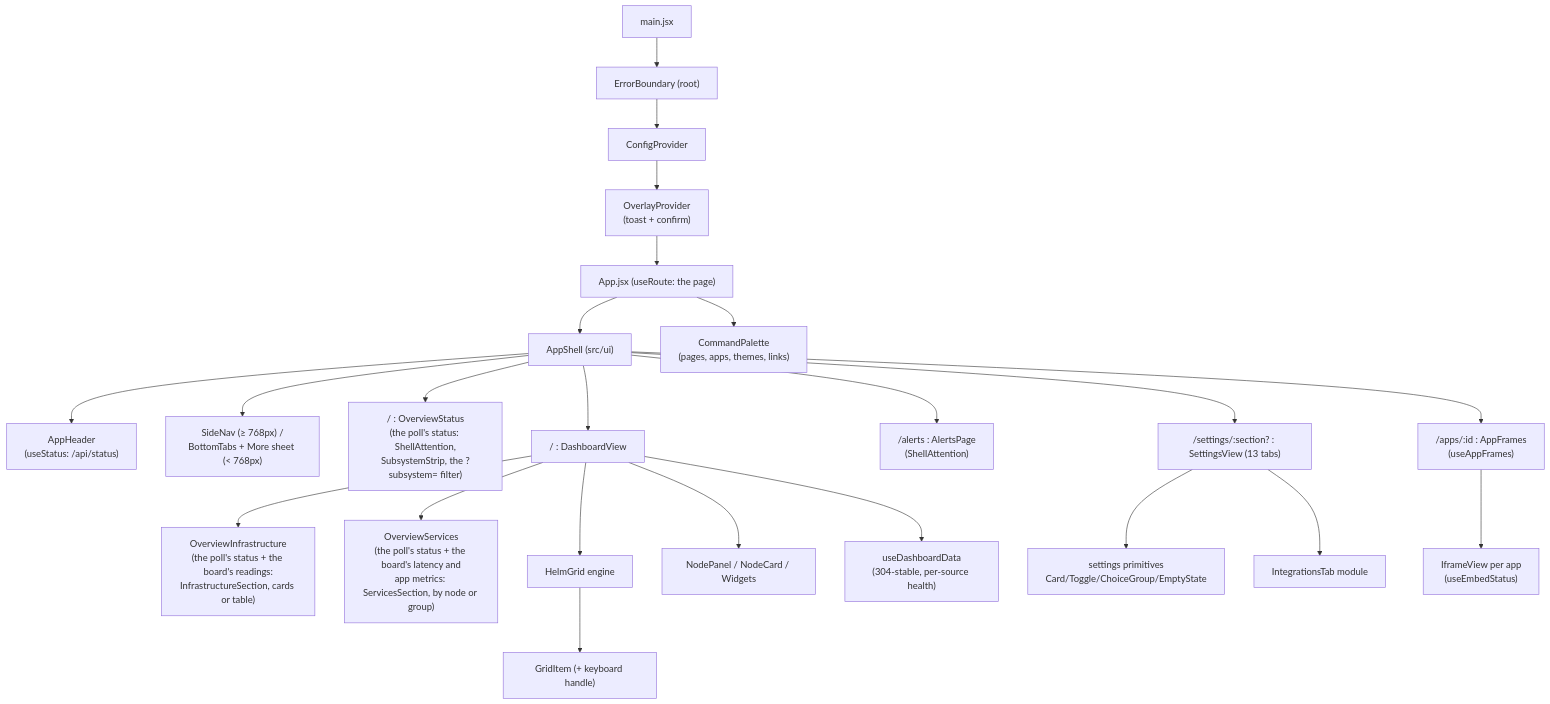
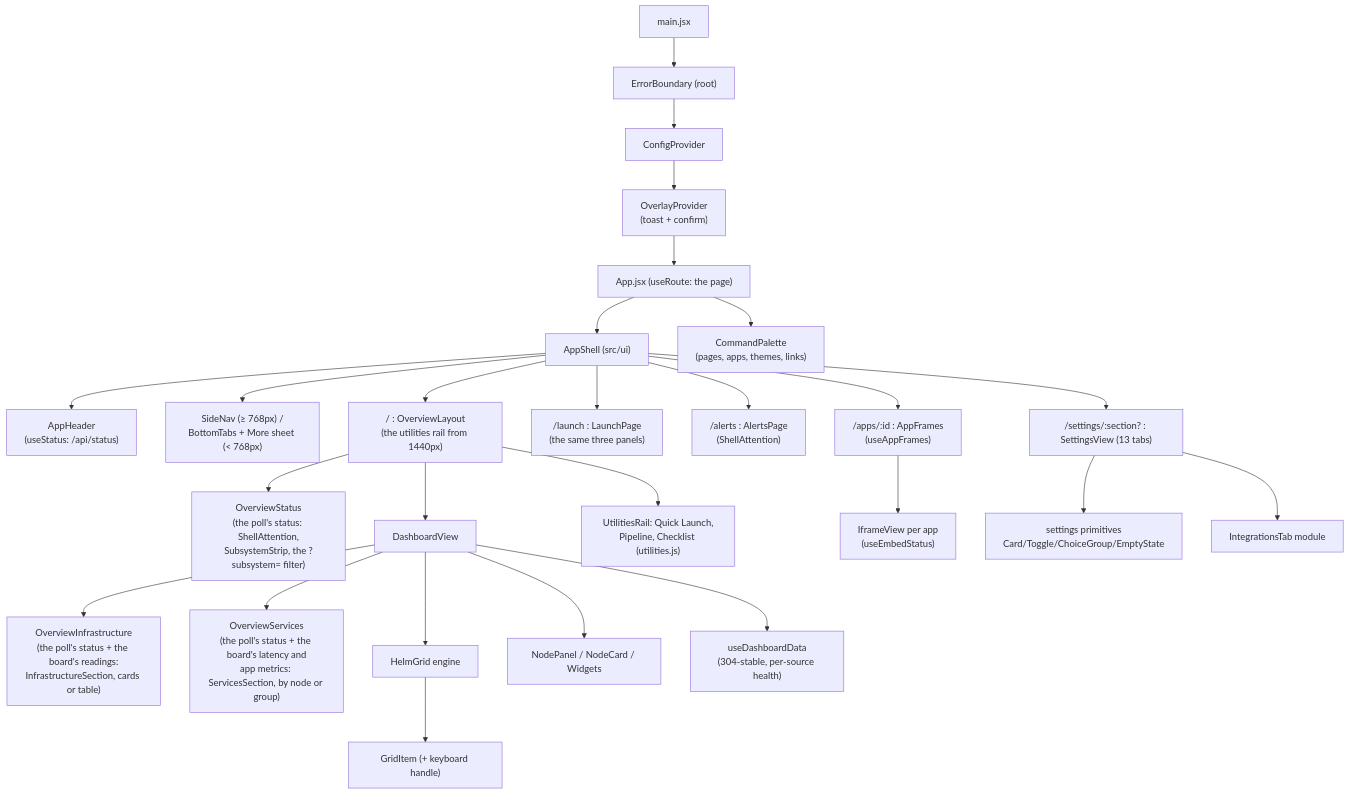
The fourth of 5 diagrams in docs/ARCHITECTURE.md (jagbhandal/jaghelm), drawn with Mermaid before and after one commit. The commit also changed other lines of this file and 41 other files, not shown here.

First line of the commit message:
feat(utilities): the utilities rail at 1440px and the Launch page (#301)

````diff
--- a/docs/ARCHITECTURE.md
+++ b/docs/ARCHITECTURE.md
@@ -1418,25 +1425,28 @@
 ```mermaid
 flowchart TD
   MAIN["main.jsx"] --> EB["ErrorBoundary (root)"]
   EB --> CP["ConfigProvider"]
   CP --> OP["OverlayProvider<br/>(toast + confirm)"]
   OP --> APP["App.jsx (useRoute: the page)"]
   APP --> SH["AppShell (src/ui)"]
   SH --> HD["AppHeader<br/>(useStatus: /api/status)"]
   SH --> SN["SideNav (≥ 768px) /<br/>BottomTabs + More sheet (< 768px)"]
   APP --> CPAL["CommandPalette<br/>(pages, apps, themes, links)"]
-  SH --> OS["/ : OverviewStatus<br/>(the poll's status: ShellAttention,<br/>SubsystemStrip, the ?subsystem= filter)"]
-  SH --> DV["/ : DashboardView"]
+  SH --> OL["/ : OverviewLayout<br/>(the utilities rail from 1440px)"]
+  OL --> OS["OverviewStatus<br/>(the poll's status: ShellAttention,<br/>SubsystemStrip, the ?subsystem= filter)"]
+  OL --> DV["DashboardView"]
+  OL --> UR["UtilitiesRail: Quick Launch,<br/>Pipeline, Checklist (utilities.js)"]
+  SH --> LP["/launch : LaunchPage<br/>(the same three panels)"]
   DV --> OI["OverviewInfrastructure<br/>(the poll's status + the board's readings:<br/>InfrastructureSection, cards or table)"]
   DV --> OSV["OverviewServices<br/>(the poll's status + the board's latency and<br/>app metrics: ServicesSection, by node or group)"]
   SH --> AP["/alerts : AlertsPage<br/>(ShellAttention)"]
   SH --> SV["/settings/:section? : SettingsView (13 tabs)"]
   SH --> AF["/apps/:id : AppFrames<br/>(useAppFrames)"]
   AF --> IV["IframeView per app<br/>(useEmbedStatus)"]
   DV --> HG["HelmGrid engine"]
   HG --> GI["GridItem (+ keyboard handle)"]
   DV --> NP["NodePanel / NodeCard / Widgets"]
   DV --> UDD["useDashboardData<br/>(304-stable, per-source health)"]
   SV --> PRIM["settings primitives<br/>Card/Toggle/ChoiceGroup/EmptyState"]
   SV --> ITAB["IntegrationsTab module"]
 ```
````
